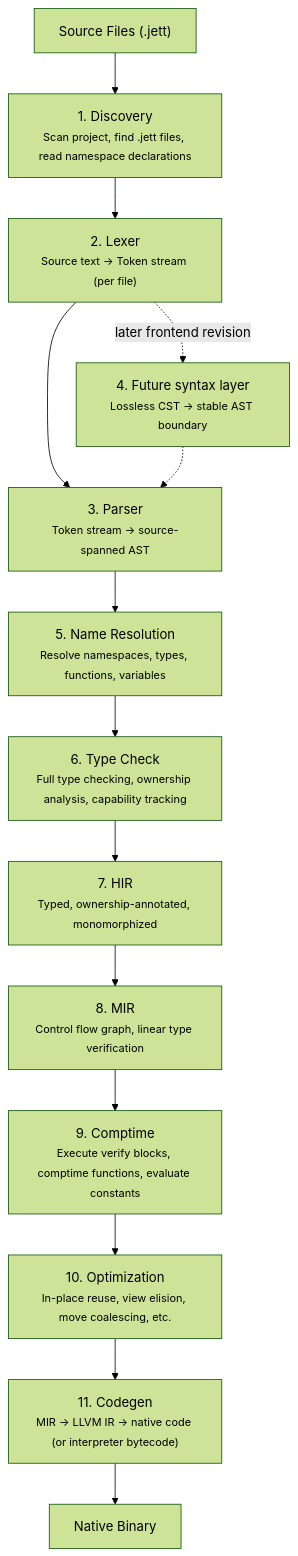
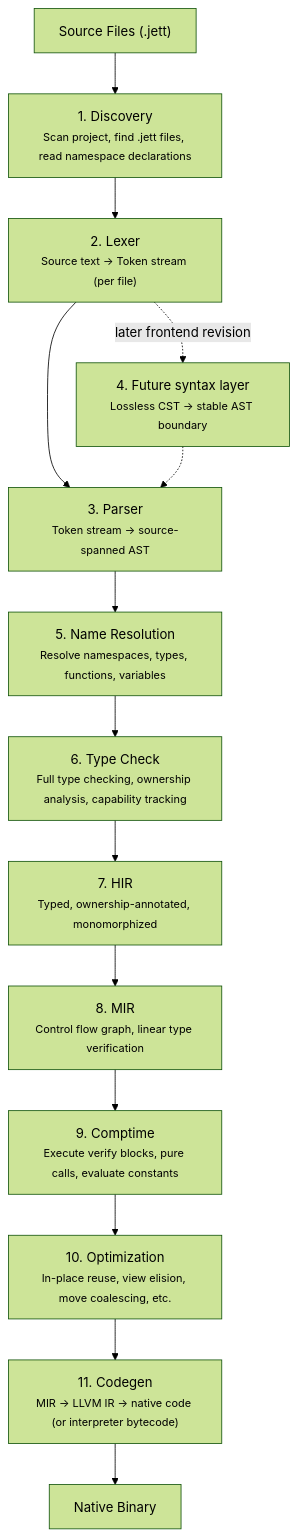
One commit to vycdev/jett changed the first of 4 diagrams in docs/architecture.md. Above: the diagram before and after it, drawn with Mermaid (forest theme). The commit also changed other lines of this file and 7 other files, not shown here.

Commit message:
Allow any pure function at comptime

````diff
--- a/docs/architecture.md
+++ b/docs/architecture.md
@@ -16,19 +16,19 @@
 ```mermaid
 flowchart TD
     SRC["Source Files (.jett)"]
     P1["1. Discovery<br/><small>Scan project, find .jett files, read namespace declarations</small>"]
     P2["2. Lexer<br/><small>Source text → Token stream (per file)</small>"]
     P3["3. Parser<br/><small>Token stream → source-spanned AST</small>"]
     P4["4. Future syntax layer<br/><small>Lossless CST → stable AST boundary</small>"]
     P5["5. Name Resolution<br/><small>Resolve namespaces, types, functions, variables</small>"]
     P6["6. Type Check<br/><small>Full type checking, ownership analysis, capability tracking</small>"]
     P7["7. HIR<br/><small>Typed, ownership-annotated, monomorphized</small>"]
     P8["8. MIR<br/><small>Control flow graph, linear type verification</small>"]
-    P9["9. Comptime<br/><small>Execute verify blocks, comptime functions, evaluate constants</small>"]
+    P9["9. Comptime<br/><small>Execute verify blocks, pure calls, evaluate constants</small>"]
     P10["10. Optimization<br/><small>In-place reuse, view elision, move coalescing, etc.</small>"]
     P11["11. Codegen<br/><small>MIR → LLVM IR → native code (or interpreter bytecode)</small>"]
     BIN["Native Binary"]
 
     SRC --> P1 --> P2 --> P3 --> P5 --> P6 --> P7 --> P8 --> P9 --> P10 --> P11 --> BIN
     P2 -. "later frontend revision" .-> P4 -.-> P3
 ```
````
